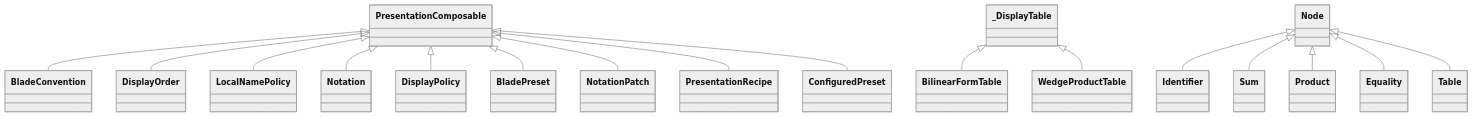
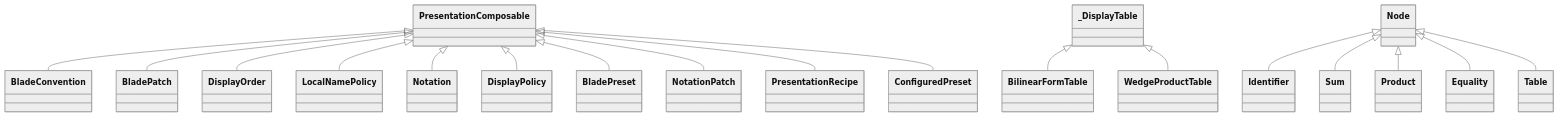
One commit to edouardp/galaga changed the third of 5 diagrams in docs/v2/presentation-configuration.md. Above: the diagram before and after it, drawn with Mermaid (neutral theme). The commit also changed other lines of this file and 12 other files, not shown here.

Commit message:
Add composable sparse pseudoscalar blade labels

````diff
--- a/docs/v2/presentation-configuration.md
+++ b/docs/v2/presentation-configuration.md
@@ -89,19 +90,20 @@
 ```mermaid
 classDiagram
     PresentationComposable <|-- BladeConvention
+    PresentationComposable <|-- BladePatch
     PresentationComposable <|-- DisplayOrder
     PresentationComposable <|-- LocalNamePolicy
     PresentationComposable <|-- Notation
     PresentationComposable <|-- DisplayPolicy
     PresentationComposable <|-- BladePreset
     PresentationComposable <|-- NotationPatch
     PresentationComposable <|-- PresentationRecipe
     PresentationComposable <|-- ConfiguredPreset
     _DisplayTable <|-- BilinearFormTable
     _DisplayTable <|-- WedgeProductTable
     Node <|-- Identifier
     Node <|-- Sum
     Node <|-- Product
     Node <|-- Equality
     Node <|-- Table
 ```
````
